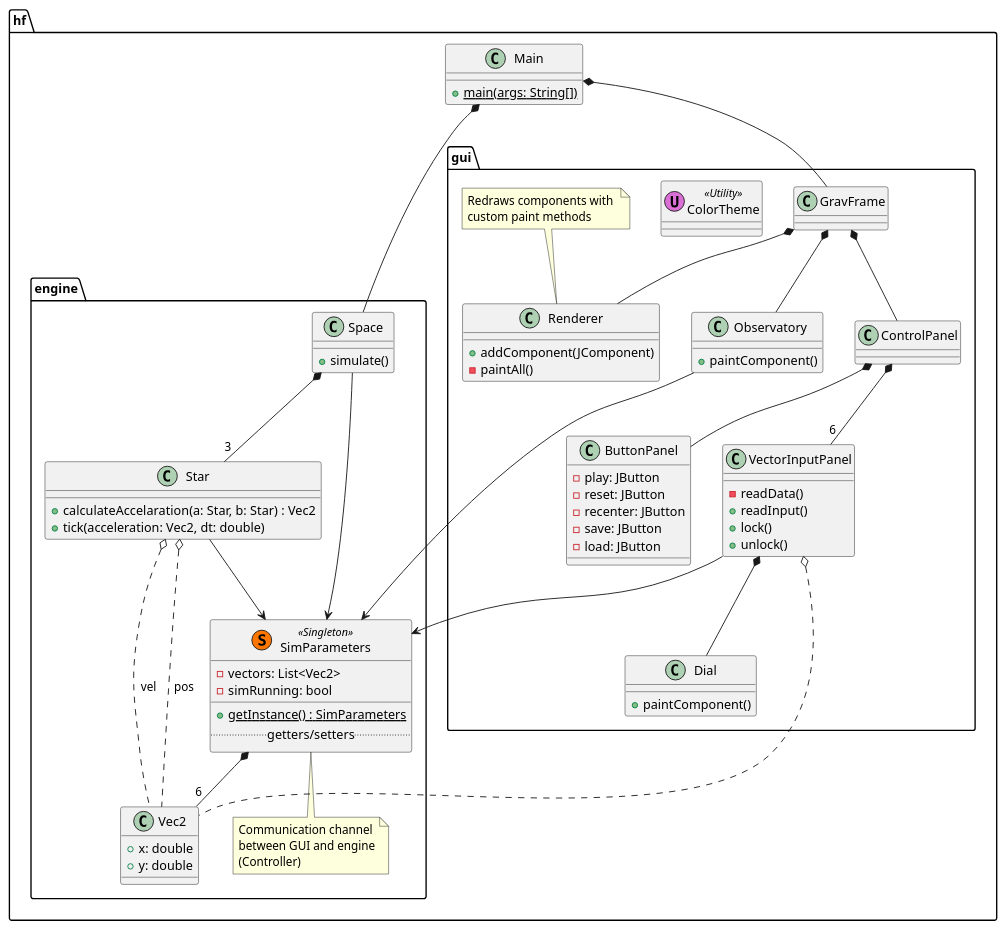
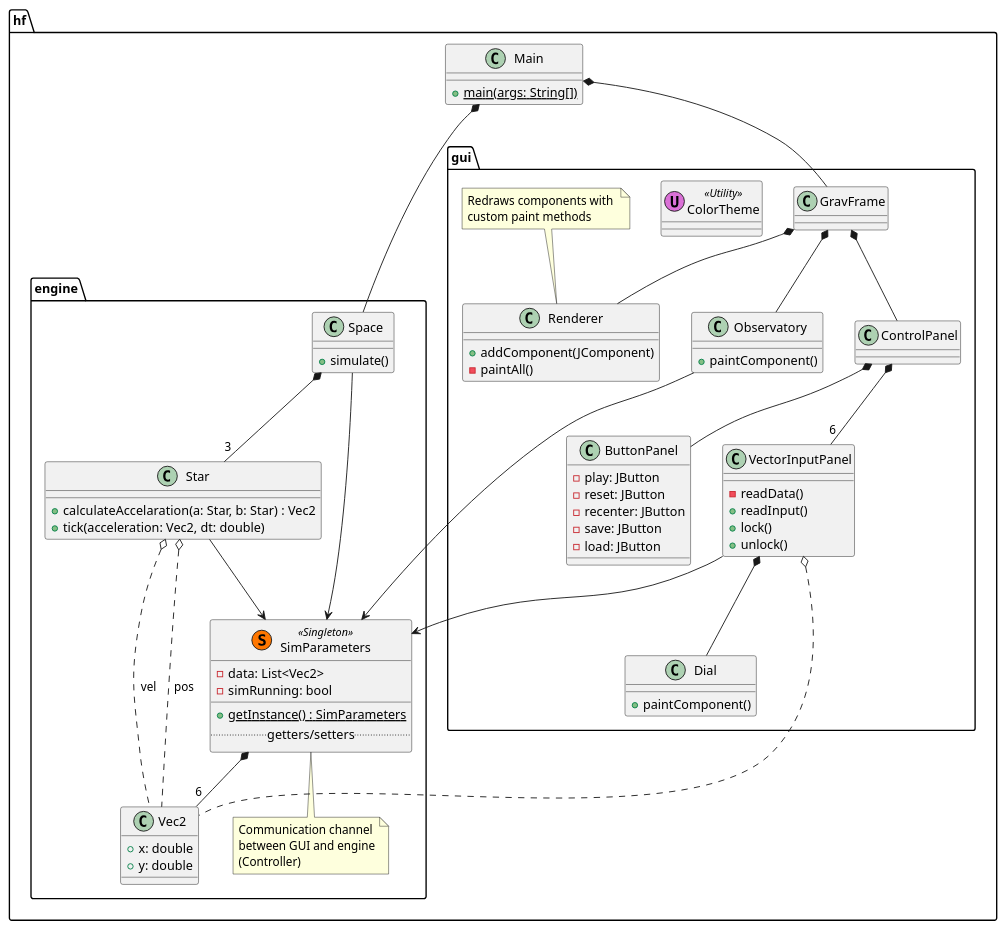
One commit to ZD4ve/grav changed the diagram in classDiagram.plantuml. Above: the diagram before and after it, drawn with PlantUML. The commit also changed 1 other file, not shown here.

Commit message:
Rename 'vectors' to 'data' in SimParameters for clarity and consistency

```diff
--- a/classDiagram.plantuml
+++ b/classDiagram.plantuml
@@ -1,94 +1,94 @@
 @startuml grav
 
 package hf {
     class Main {
         + {static} main(args: String[])
     }
 }
 
 package hf.engine {
     class Vec2 {
         + x: double
         + y: double
     }
     class SimParameters << (S,#FF7700) Singleton >> {
-        - vectors: List<Vec2>
+        - data: List<Vec2>
         - simRunning: bool
         __
         + {static} getInstance() : SimParameters
         ..getters/setters..
     }
     note bottom of SimParameters
         Communication channel
         between GUI and engine
         (Controller)
     end note
     class Space {
         + simulate()
     }
     class Star {
         + calculateAccelaration(a: Star, b: Star) : Vec2
         + tick(acceleration: Vec2, dt: double)
     }
 }
 
 package hf.gui {
     class GravFrame
     class ColorTheme << (U,Orchid) Utility >>
     class ControlPanel
     class ButtonPanel {
         - play: JButton
         - reset: JButton
         - recenter: JButton
         - save: JButton
         - load: JButton
     }
     class VectorInputPanel {
         - readData()
         + readInput()
         + lock()
         + unlock()
     }
     class Dial {
         + paintComponent()
     }
     class Observatory {
         + paintComponent()
     }
     class Renderer {
         + addComponent(JComponent)
         - paintAll()
     }
     note top of Renderer
         Redraws components with 
         custom paint methods
     end note
 }
 
 ' Main
 Main *-- GravFrame
 Main *-- Space
 
 ' Engine
 Space *-- "3" Star
 SimParameters *-- "6" Vec2
 
 ' GUI
 VectorInputPanel *-- Dial
 GravFrame *-- ControlPanel
 GravFrame *-- Observatory
 GravFrame *-- Renderer
 ControlPanel *-- ButtonPanel
 ControlPanel *-- "6" VectorInputPanel
 
 ' params
 Observatory --> SimParameters
 VectorInputPanel --> SimParameters
 Star --> SimParameters
 Space --> SimParameters
 Star o.. Vec2 : "pos"
 Star o.. Vec2 : "vel"
 VectorInputPanel o.. Vec2
 
 
 @enduml
```
